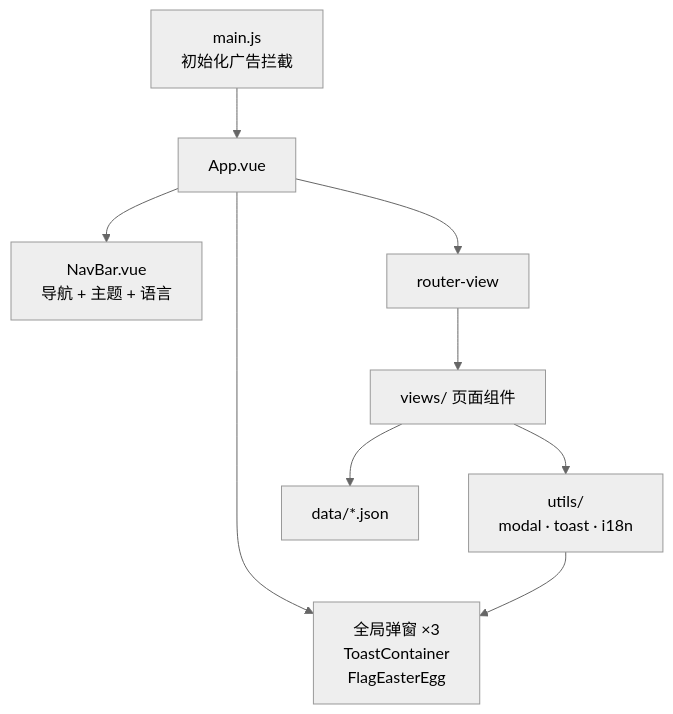
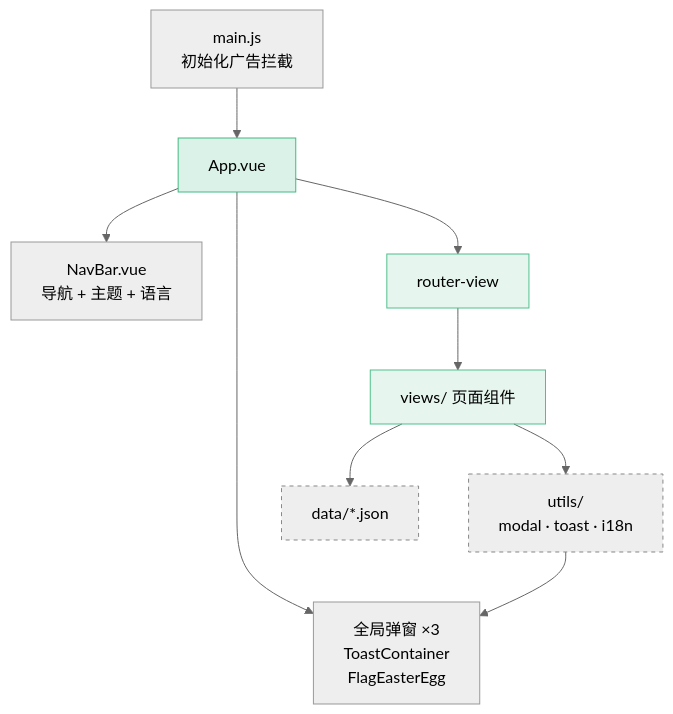
Before and after one commit to HGfds29/my-web: the first of 2 diagrams in README.md, drawn with Mermaid (neutral theme). The commit also changed other lines of this file, not shown here.

````diff
--- a/README.md
+++ b/README.md
@@ -153,11 +159,18 @@
 ```mermaid
 flowchart TD
   A["main.js<br/>初始化广告拦截"] --> B["App.vue"]
   B --> C["NavBar.vue<br/>导航 + 主题 + 语言"]
   B --> D["router-view"]
   B --> E["全局弹窗 ×3<br/>ToastContainer<br/>FlagEasterEgg"]
   D --> F["views/ 页面组件"]
   F --> G["utils/<br/>modal · toast · i18n"]
   F --> H["data/*.json"]
   G --> E
+
+  classDef core fill:#42b98330,stroke:#42b983,stroke-width:1px
+  classDef page fill:#4FC08D24,stroke:#4FC08D,stroke-width:1px
+  classDef util fill:#88888824,stroke:#888888,stroke-dasharray:4
+  class B core
+  class D,F page
+  class G,H util
 ```
````
